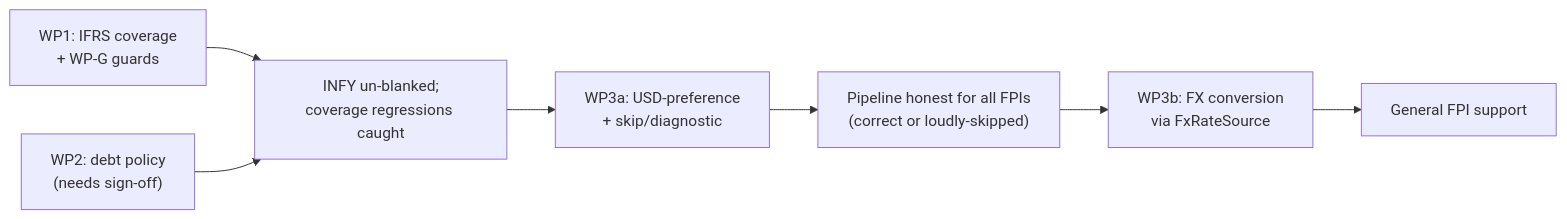
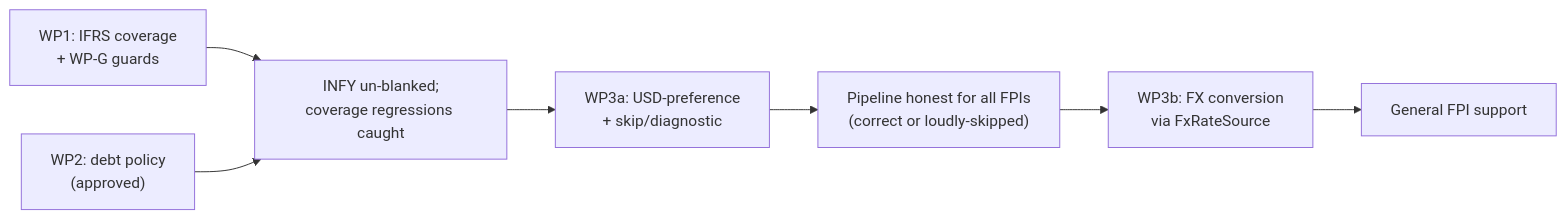
Before and after one commit to dhruva-vidhant/econ-project: the diagram in docs/ifrs-currency-support-techspec.md, drawn with Mermaid. The commit also changed other lines of this file and 3 other files, not shown here.

First line of the commit message:
docs(ifrs-currency): mark architecture approved; lock debt + currency decisions

````diff
--- a/docs/ifrs-currency-support-techspec.md
+++ b/docs/ifrs-currency-support-techspec.md
@@ -249,9 +249,9 @@
 ```mermaid
 flowchart LR
   WP1["WP1: IFRS coverage<br/>+ WP-G guards"] --> SHIP1["INFY un-blanked;<br/>coverage regressions caught"]
-  WP2["WP2: debt policy<br/>(needs sign-off)"] --> SHIP1
+  WP2["WP2: debt policy<br/>(approved)"] --> SHIP1
   SHIP1 --> WP3a["WP3a: USD-preference<br/>+ skip/diagnostic"]
   WP3a --> SHIP2["Pipeline honest for all FPIs<br/>(correct or loudly-skipped)"]
   SHIP2 --> WP3b["WP3b: FX conversion<br/>via FxRateSource"]
   WP3b --> SHIP3["General FPI support"]
 ```
````
